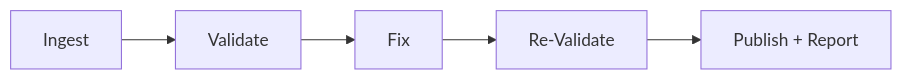
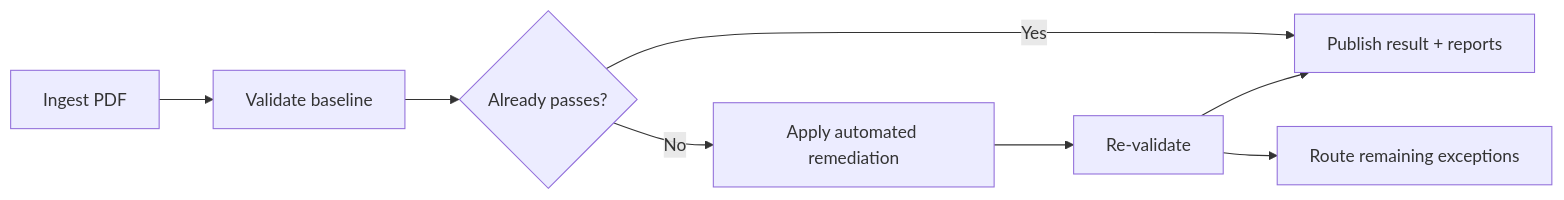
One commit to ivanbueno-jcc/pdf-remediation changed the diagram in README.md. Above: the diagram before and after it, drawn with Mermaid. The commit also changed other lines of this file and 8 other files, not shown here.

Commit message:
Simplify PDF remediation workflow

````diff
--- a/README.md
+++ b/README.md
@@ -3,4 +98,10 @@
 ```mermaid
 flowchart LR
-  A[Ingest] --> B[Validate] --> C[Fix] --> D[Re-Validate] --> E[Publish + Report]
+  A[Ingest PDF] --> B[Validate baseline]
+  B --> C{Already passes?}
+  C -->|Yes| F[Publish result + reports]
+  C -->|No| D[Apply automated remediation]
+  D --> E[Re-validate]
+  E --> F
+  E --> G[Route remaining exceptions]
 ```
````
